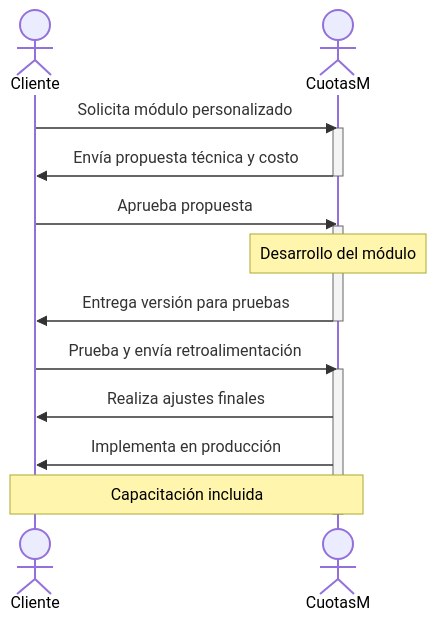
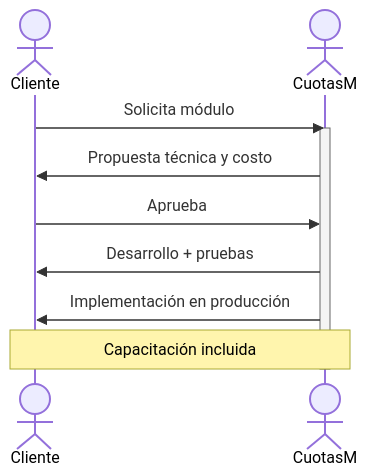
One commit to vvaldelamar/CuotasM changed the diagram in pages/costos.md. Above: the diagram before and after it, drawn with Mermaid.

Commit message:
Fix relative links + mermaid CDN

````diff
--- a/pages/costos.md
+++ b/pages/costos.md
@@ -31,21 +31,14 @@
 ```mermaid
 sequenceDiagram
     actor Cliente
     actor CuotasM
 
-    Cliente->>CuotasM: Solicita módulo personalizado
+    Cliente->>CuotasM: Solicita módulo
     activate CuotasM
-    CuotasM->>Cliente: Envía propuesta técnica y costo
-    deactivate CuotasM
-    Cliente->>CuotasM: Aprueba propuesta
-    activate CuotasM
-    Note over CuotasM: Desarrollo del módulo
-    CuotasM->>Cliente: Entrega versión para pruebas
-    deactivate CuotasM
-    Cliente->>CuotasM: Prueba y envía retroalimentación
-    activate CuotasM
-    CuotasM->>Cliente: Realiza ajustes finales
-    CuotasM->>Cliente: Implementa en producción
+    CuotasM->>Cliente: Propuesta técnica y costo
+    Cliente->>CuotasM: Aprueba
+    CuotasM->>Cliente: Desarrollo + pruebas
+    CuotasM->>Cliente: Implementación en producción
     Note over Cliente,CuotasM: Capacitación incluida
     deactivate CuotasM
 ```
````
